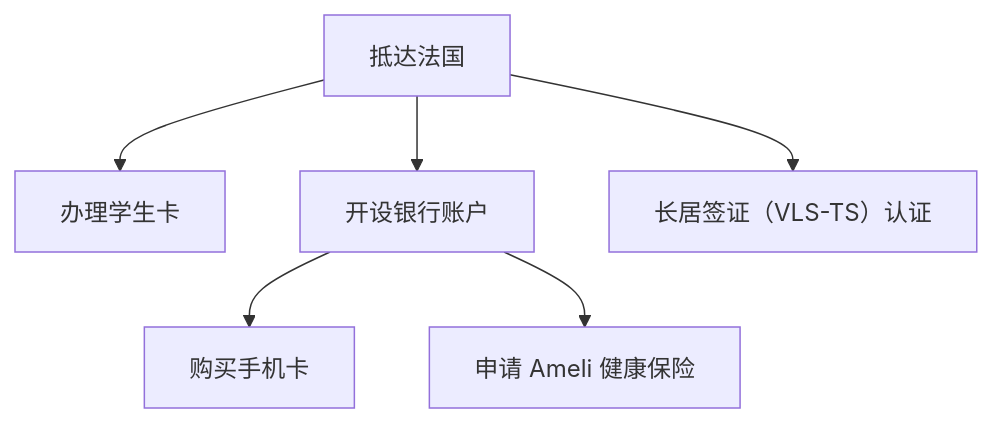
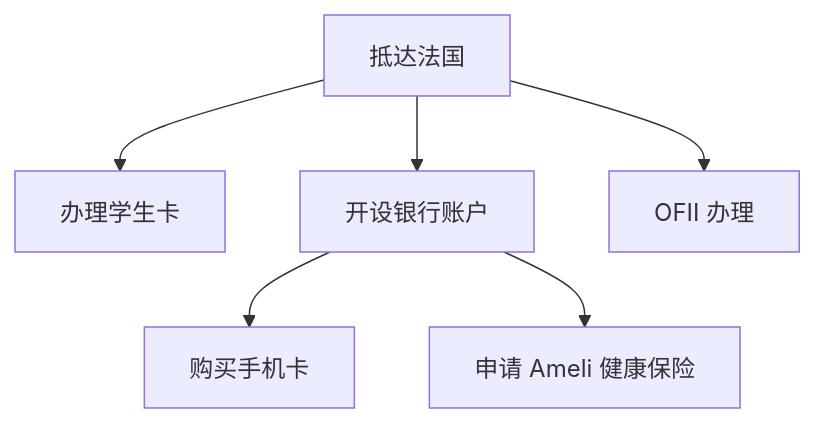
One commit to LapinRobin/INSA-Survival-Guide changed the diagram in docs/生存/必办事项.md. Above: the diagram before and after it, drawn with Mermaid. The commit also changed other lines of this file and 3 other files, not shown here.

````diff
--- a/docs/生存/必办事项.md
+++ b/docs/生存/必办事项.md
@@ -5,9 +5,9 @@
 ``` mermaid
 graph TB
   A["抵达法国"]
   A --> SC["办理学生卡"]
   A --> B["开设银行账户"]
   B --> C["购买手机卡"]
   B --> E["申请 Ameli 健康保险"]
-  A --> F["长居签证（VLS-TS）认证"]
+  A --> F["OFII 办理"]
 ```
````
